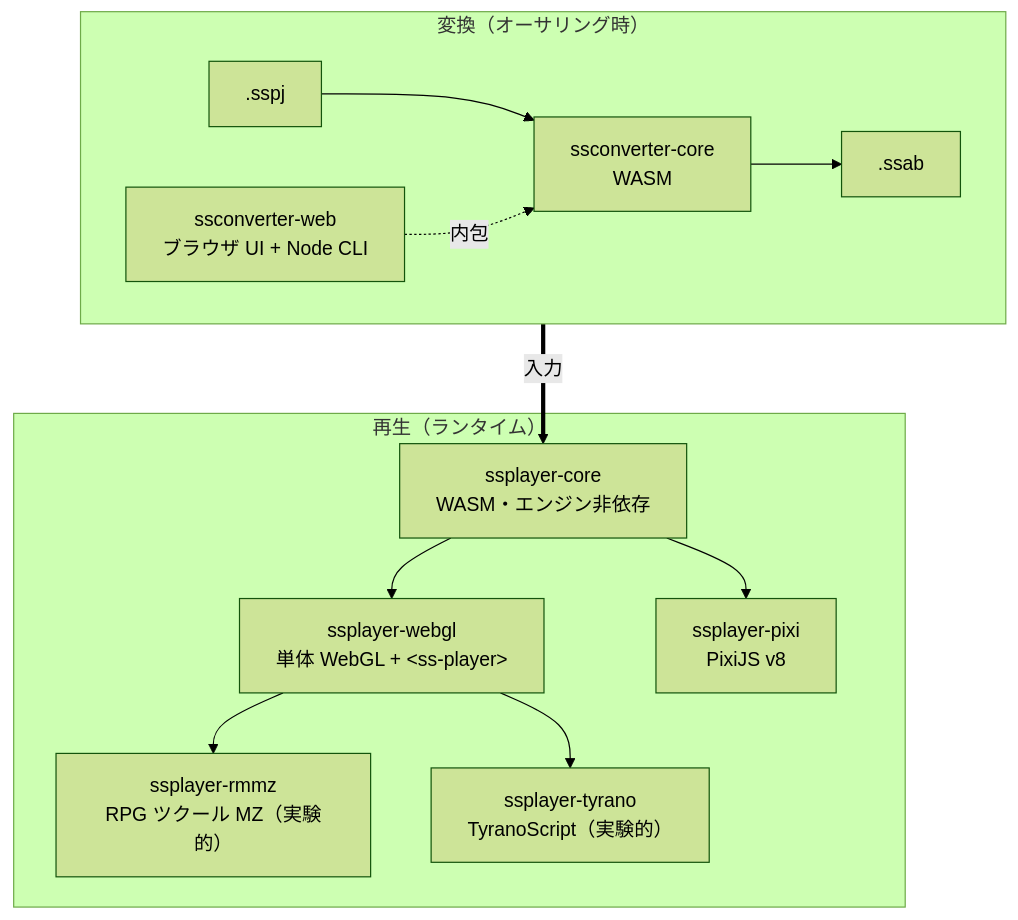
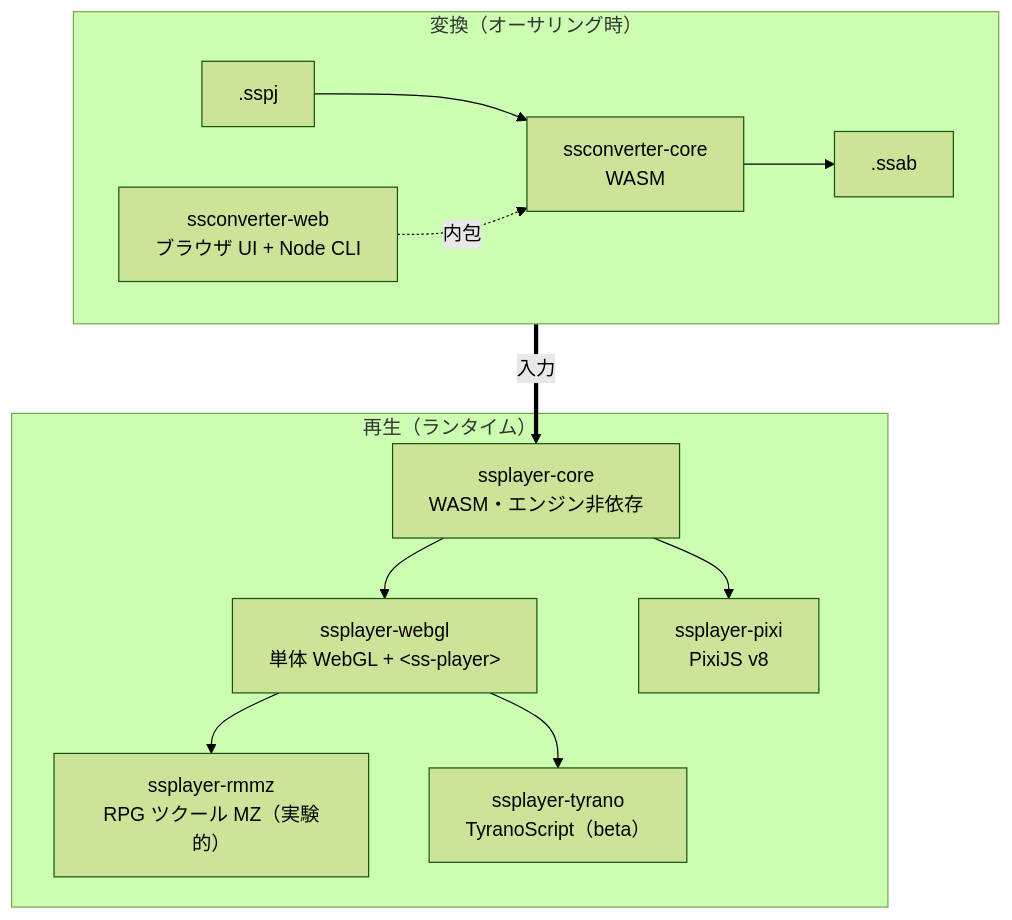
Before and after one commit to cri-middleware/SSPlayerForWeb: the diagram in README.ja.md, drawn with Mermaid (forest theme). The commit also changed other lines of this file and 9 other files, not shown here.

First line of the commit message:
chore(tyrano): promote ssplayer-tyrano from alpha to beta

````diff
--- a/README.ja.md
+++ b/README.ja.md
@@ -103,22 +103,22 @@
 ```mermaid
 flowchart TD
     subgraph conv ["変換（オーサリング時）"]
         direction LR
         sspj[".sspj"] --> convcore["ssconverter-core<br/>WASM"] --> ssab[".ssab"]
         convweb["ssconverter-web<br/>ブラウザ UI + Node CLI"] -. 内包 .-> convcore
     end
 
     subgraph play ["再生（ランタイム）"]
         core["ssplayer-core<br/>WASM・エンジン非依存"]
         webgl["ssplayer-webgl<br/>単体 WebGL + &lt;ss-player&gt;"]
         pixi["ssplayer-pixi<br/>PixiJS v8"]
         rmmz["ssplayer-rmmz<br/>RPG ツクール MZ（実験的）"]
-        tyrano["ssplayer-tyrano<br/>TyranoScript（実験的）"]
+        tyrano["ssplayer-tyrano<br/>TyranoScript（beta）"]
         core --> webgl
         core --> pixi
         webgl --> rmmz
         webgl --> tyrano
     end
 
     ssab ==>|入力| core
 ```
````
